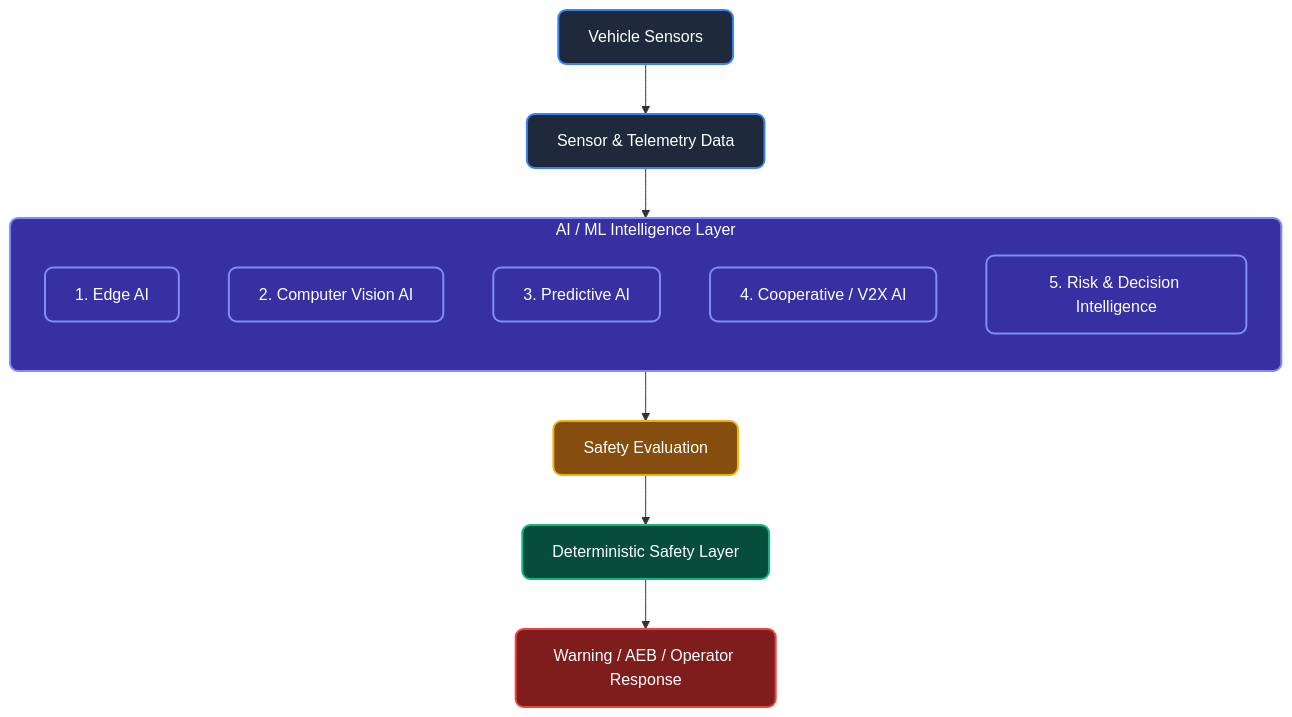
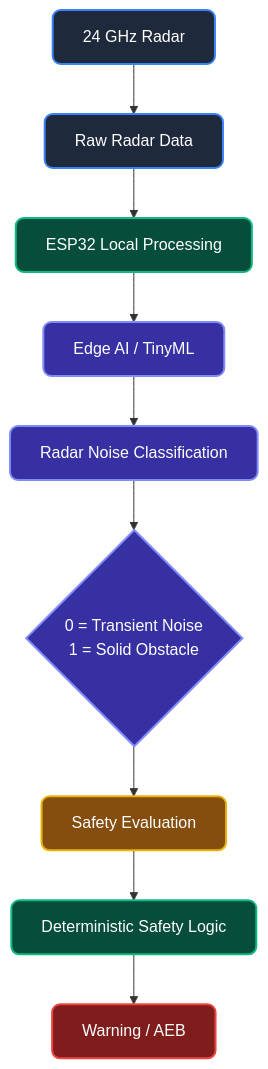
Before and after one commit to manasir747/Brainworks: the first of 9 diagrams in AI_ML Integration/README.md, drawn with Mermaid. The commit also changed other lines of this file, not shown here.

Commit message:
docs: update AI/ML architecture documentation with detailed Edge AI radar classification workflow

````diff
--- a/AI_ML Integration/README.md
+++ b/AI_ML Integration/README.md
@@ -7,25 +7,19 @@
 ```mermaid
 flowchart TD
     classDef normal fill:#1e293b,stroke:#3b82f6,stroke-width:2px,color:#fff,rx:8px,ry:8px;
     classDef warning fill:#854d0e,stroke:#eab308,stroke-width:2px,color:#fff,rx:8px,ry:8px;
     classDef danger fill:#7f1d1d,stroke:#ef4444,stroke-width:2px,color:#fff,rx:8px,ry:8px;
     classDef ai fill:#3730a3,stroke:#818cf8,stroke-width:2px,color:#fff,rx:8px,ry:8px;
     classDef logic fill:#064e3b,stroke:#10b981,stroke-width:2px,color:#fff,rx:8px,ry:8px;
 
-    VS[Vehicle Sensors]:::normal --> SD[Sensor & Telemetry Data]:::normal
+    R[24 GHz Radar]:::normal --> RAW[Raw Radar Data]:::normal
+    RAW --> ESP32[ESP32 Local Processing]:::logic
+    ESP32 --> TINYML[Edge AI / TinyML]:::ai
+    TINYML --> CLASS[Radar Noise Classification]:::ai
     
-    SD --> AILAYER[AI / ML Intelligence Layer]:::ai
+    CLASS --> RESULT{"0 = Transient Noise\n1 = Solid Obstacle"}:::ai
     
-    subgraph AILAYER [AI / ML Intelligence Layer]
-        direction TB
-        EAI[1. Edge AI]:::ai
-        CVAI[2. Computer Vision AI]:::ai
-        PAI[3. Predictive AI]:::ai
-        V2X[4. Cooperative / V2X AI]:::ai
-        RDI[5. Risk & Decision Intelligence]:::ai
-    end
-    
-    AILAYER --> EVAL[Safety Evaluation]:::warning
-    EVAL --> DSL[Deterministic Safety Layer]:::logic
-    DSL --> OUT[Warning / AEB / Operator Response]:::danger
+    RESULT --> EVAL[Safety Evaluation]:::warning
+    EVAL --> DSL[Deterministic Safety Logic]:::logic
+    DSL --> OUT[Warning / AEB]:::danger
 ```
````
